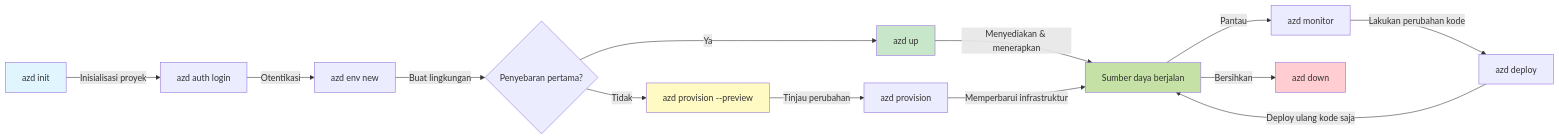
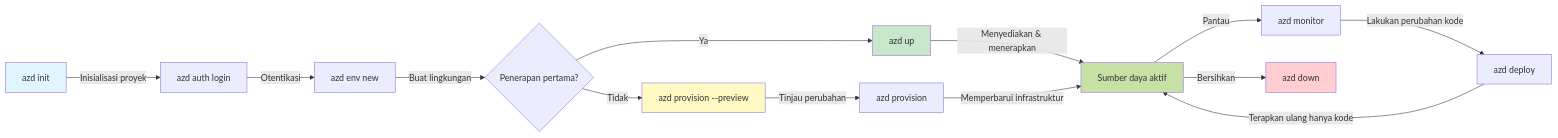
One commit to microsoft/AZD-for-beginners changed the first of 2 diagrams in translations/id/docs/chapter-01-foundation/azd-basics.md. Above: the diagram before and after it, drawn with Mermaid. The commit also changed other lines of this file and 101 other files, not shown here.

````diff
--- a/translations/id/docs/chapter-01-foundation/azd-basics.md
+++ b/translations/id/docs/chapter-01-foundation/azd-basics.md
@@ -269,21 +269,21 @@
 ```mermaid
 graph LR
     A[azd init] -->|Inisialisasi proyek| B[azd auth login]
     B -->|Otentikasi| C[azd env new]
-    C -->|Buat lingkungan| D{Penyebaran pertama?}
+    C -->|Buat lingkungan| D{Penerapan pertama?}
     D -->|Ya| E[azd up]
     D -->|Tidak| F[azd provision --preview]
     F -->|Tinjau perubahan| G[azd provision]
-    E -->|Menyediakan & menerapkan| H[Sumber daya berjalan]
+    E -->|Menyediakan & menerapkan| H[Sumber daya aktif]
     G -->|Memperbarui infrastruktur| H
     H -->|Pantau| I[azd monitor]
     I -->|Lakukan perubahan kode| J[azd deploy]
-    J -->|Deploy ulang kode saja| H
+    J -->|Terapkan ulang hanya kode| H
     H -->|Bersihkan| K[azd down]
     
     style A fill:#e1f5fe
     style E fill:#c8e6c9
     style F fill:#fff9c4
     style H fill:#c5e1a5
     style K fill:#ffcdd2
 ```
````
